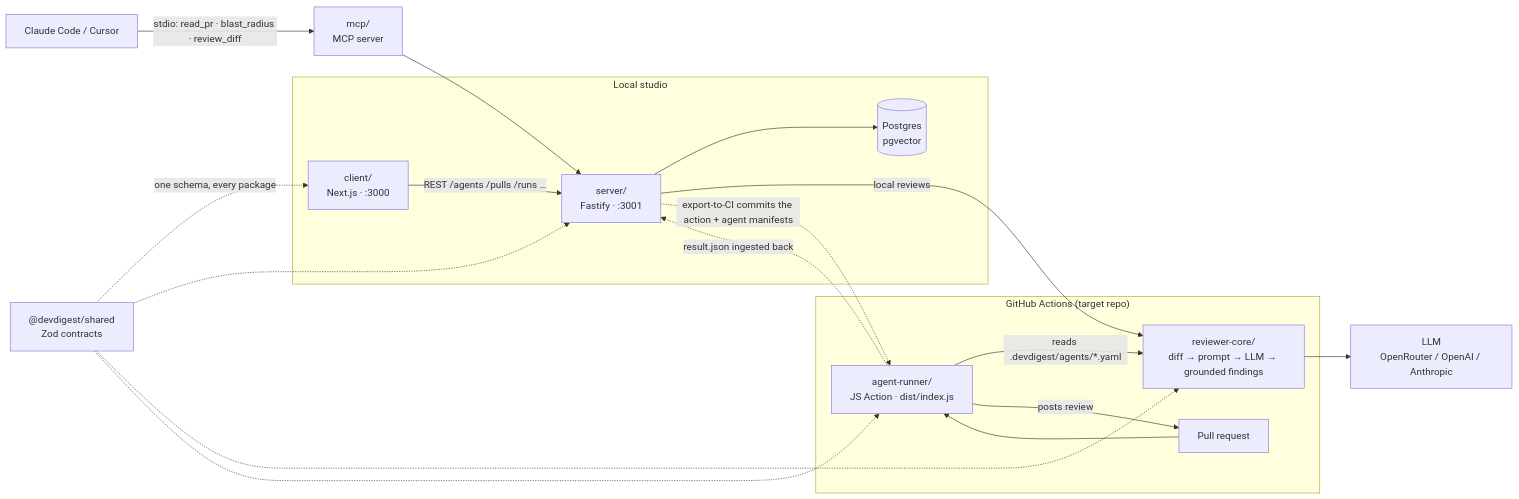
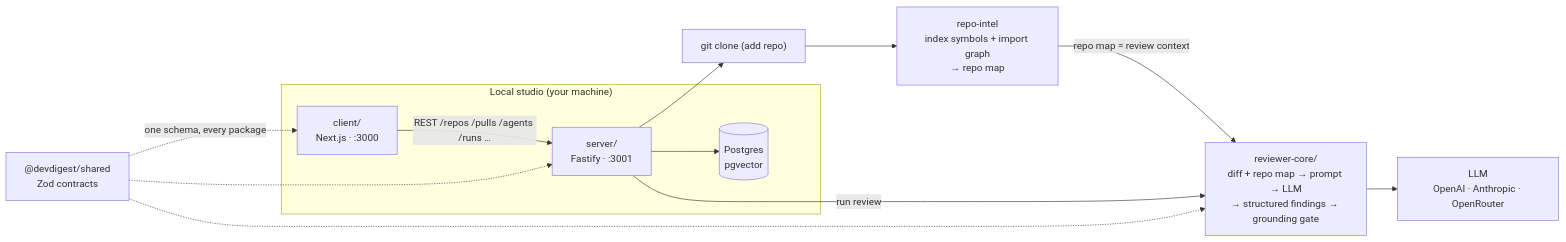
Before and after one commit to VaLeXaR/dev-digest: the diagram in README.md, drawn with Mermaid. The commit also changed other lines of this file and 7 other files, not shown here.

First line of the commit message:
docs(part0): redraw reviewer diagrams + describe the starter repo

````diff
--- a/README.md
+++ b/README.md
@@ -21,33 +27,24 @@
 ```mermaid
 flowchart LR
-  subgraph Studio["Local studio"]
+  subgraph Studio["Local studio (your machine)"]
     WEB["client/<br/>Next.js · :3000"]
     API["server/<br/>Fastify · :3001"]
     PG[("Postgres<br/>pgvector")]
-    WEB -->|"REST /agents /pulls /runs …"| API
+    WEB -->|"REST /repos /pulls /agents /runs …"| API
     API --> PG
   end
 
-  ENGINE["reviewer-core/<br/>diff → prompt → LLM → grounded findings"]
-  LLM["LLM<br/>OpenRouter / OpenAI / Anthropic"]
-  API -->|"local reviews"| ENGINE
+  CLONE["git clone (add repo)"] --> INDEX["repo-intel<br/>index symbols + import graph<br/>→ repo map"]
+  API --> CLONE
+  INDEX -->|"repo map = review context"| ENGINE
+
+  ENGINE["reviewer-core/<br/>diff + repo map → prompt → LLM<br/>→ structured findings → grounding gate"]
+  LLM["LLM<br/>OpenAI · Anthropic · OpenRouter"]
+  API -->|"run review"| ENGINE
   ENGINE --> LLM
-
-  subgraph CI["GitHub Actions (target repo)"]
-    PR["Pull request"] --> ACT["agent-runner/<br/>JS Action · dist/index.js"]
-    ACT -->|"reads .devdigest/agents/*.yaml"| ENGINE
-    ACT -->|"posts review"| PR
-  end
-
-  API -. "export-to-CI commits the action + agent manifests" .-> ACT
-  ACT -. "result.json ingested back" .-> API
-
-  IDE["Claude Code / Cursor"] -->|"stdio: read_pr · blast_radius · review_diff"| MCP["mcp/<br/>MCP server"]
-  MCP --> API
 
   SHARED["@devdigest/shared<br/>Zod contracts"]
   SHARED -.->|"one schema, every package"| WEB
   SHARED -.-> API
   SHARED -.-> ENGINE
-  SHARED -.-> ACT
 ```
````
